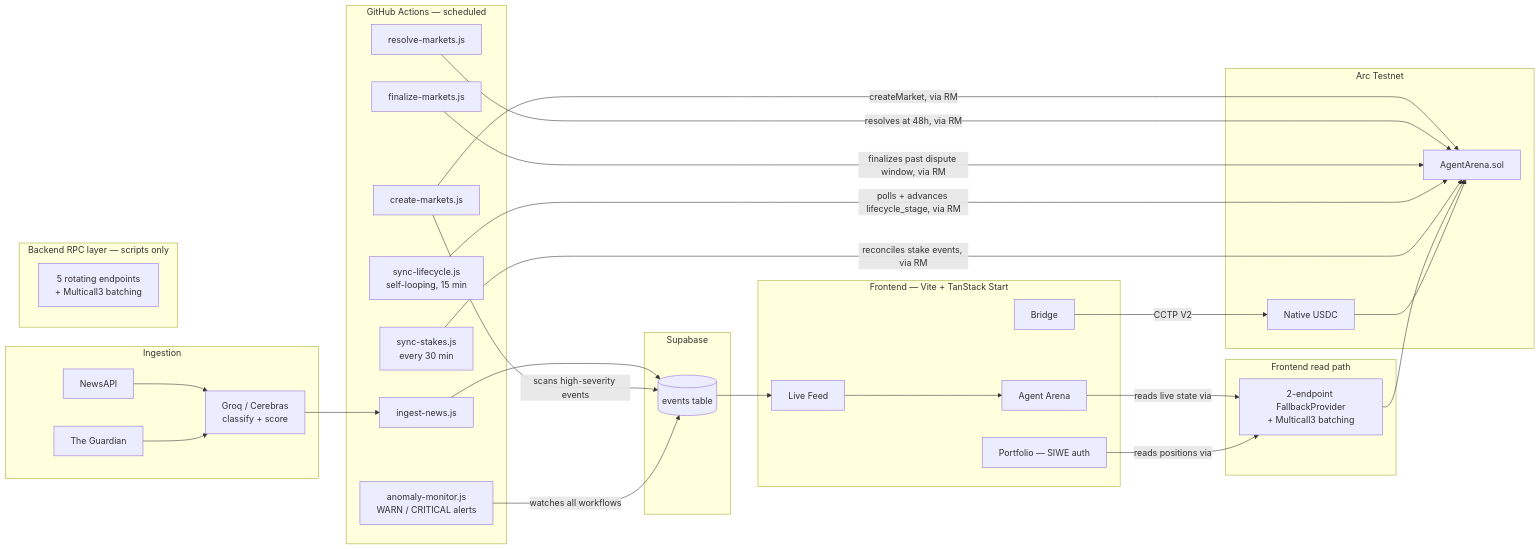
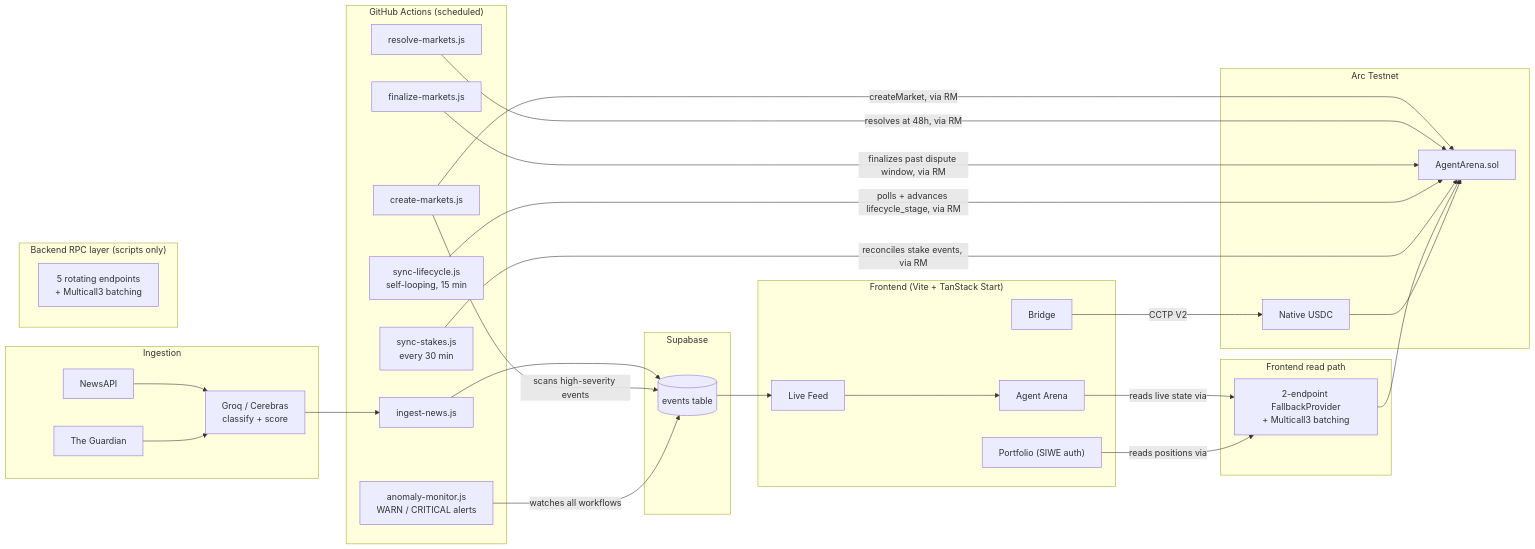
The first of 5 diagrams in README.md (blocknine0/geomacro), drawn with Mermaid before and after one commit. The commit also changed other lines of this file, not shown here.

````diff
--- a/README.md
+++ b/README.md
@@ -53,60 +53,60 @@
 ```mermaid
 flowchart LR
     subgraph ingestion[Ingestion]
         NA[NewsAPI]
         GD[The Guardian]
         GR[Groq / Cerebras<br/>classify + score]
     end
 
-    subgraph automation[GitHub Actions — scheduled]
+    subgraph automation["GitHub Actions (scheduled)"]
         ING[ingest-news.js]
         CRE[create-markets.js]
         RES[resolve-markets.js]
         FIN[finalize-markets.js]
         SYNC[sync-lifecycle.js<br/>self-looping, 15 min]
         STK[sync-stakes.js<br/>every 30 min]
         MON[anomaly-monitor.js<br/>WARN / CRITICAL alerts]
     end
 
     subgraph data[Supabase]
         DB[(events table)]
     end
 
-    subgraph client[Frontend — Vite + TanStack Start]
+    subgraph client["Frontend (Vite + TanStack Start)"]
         FEED[Live Feed]
         ARENA[Agent Arena]
         BRIDGE[Bridge]
-        PORT[Portfolio — SIWE auth]
+        PORT["Portfolio (SIWE auth)"]
     end
 
-    subgraph rpc[Backend RPC layer — scripts only]
+    subgraph rpc["Backend RPC layer (scripts only)"]
         RM[5 rotating endpoints<br/>+ Multicall3 batching]
     end
 
     subgraph clientrpc[Frontend read path]
         FRPC[2-endpoint FallbackProvider<br/>+ Multicall3 batching]
     end
 
     subgraph chain[Arc Testnet]
         CT[AgentArena.sol]
         USDC[Native USDC]
     end
 
     NA --> GR --> ING
     GD --> GR
     ING --> DB
     DB --> FEED
     CRE -->|scans high-severity events| DB
     CRE -->|createMarket, via RM| CT
     RES -->|resolves at 48h, via RM| CT
     FIN -->|finalizes past dispute window, via RM| CT
     SYNC -->|polls + advances lifecycle_stage, via RM| CT
     STK -->|reconciles stake events, via RM| CT
     MON -->|watches all workflows| DB
     ARENA -->|reads live state via| FRPC
     FRPC --> CT
     FEED --> ARENA
     BRIDGE -->|CCTP V2| USDC
     PORT -->|reads positions via| FRPC
     USDC --> CT
 ```
````
